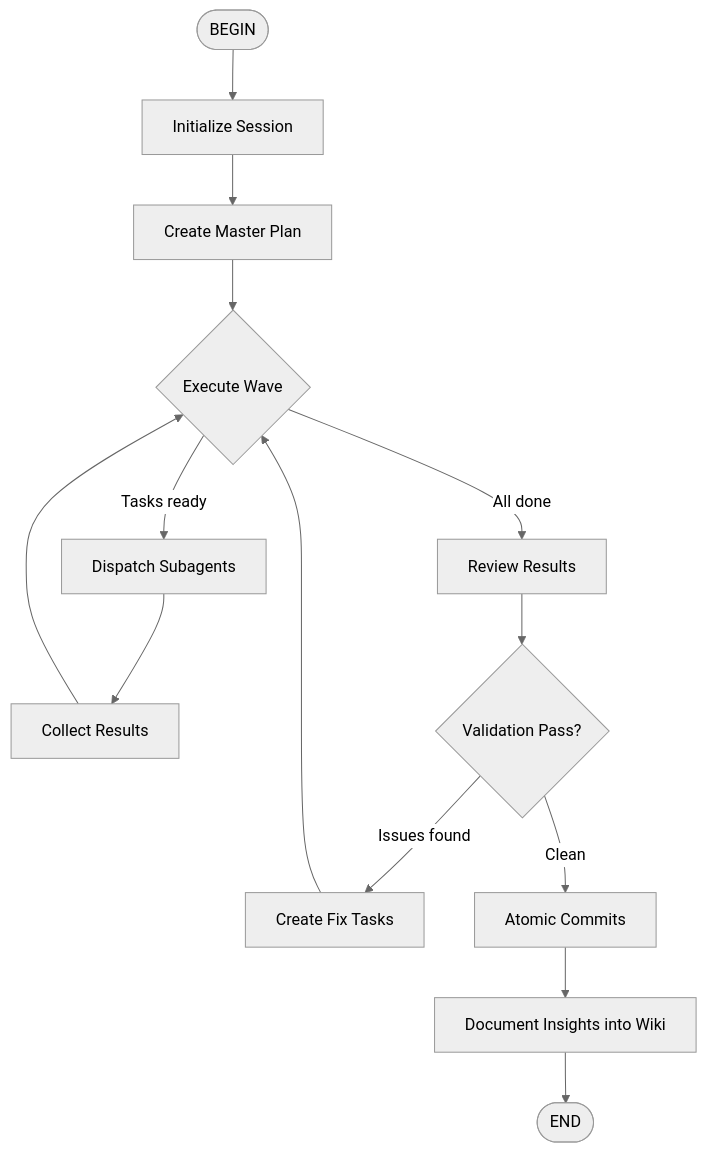
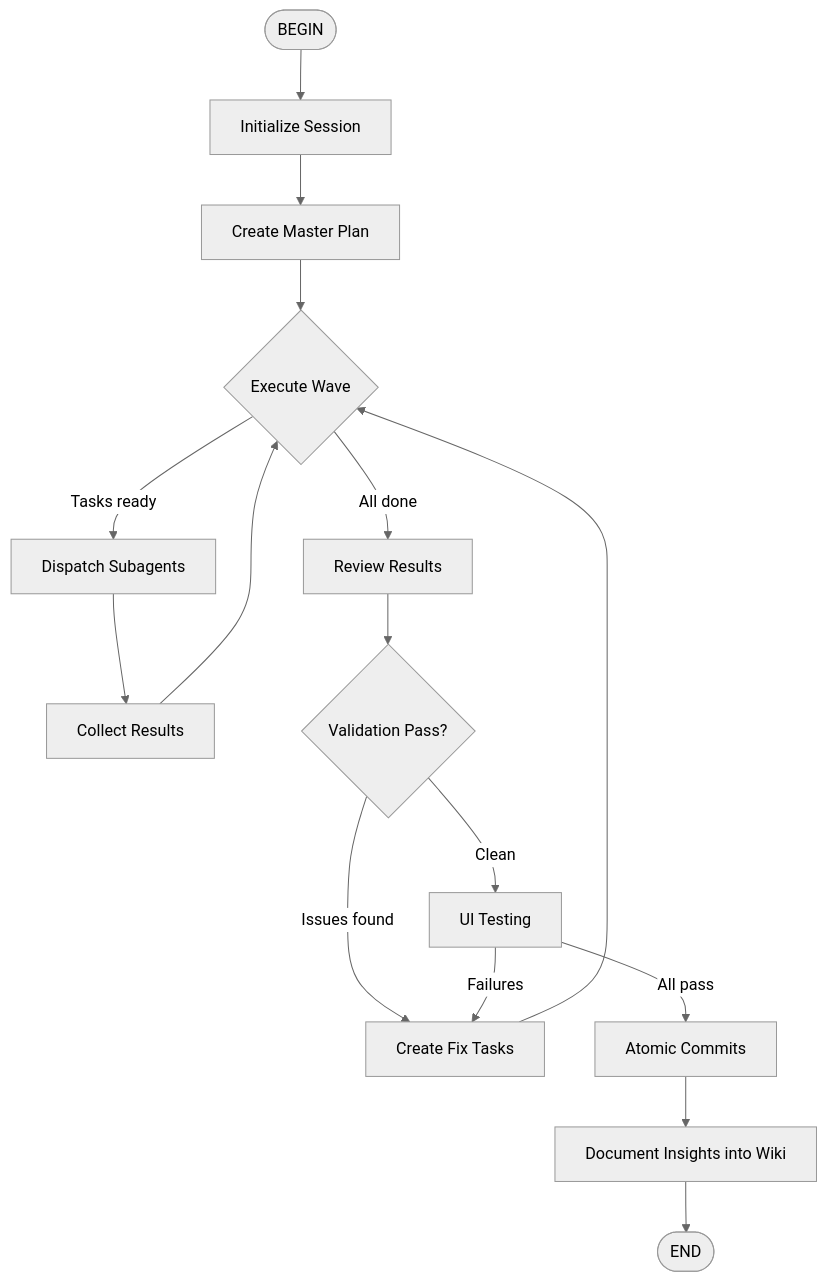
The diagram in coding-agents/kimi/skills/kimi-fleet-mini/SKILL.md (arisng/github-copilot-fc), drawn with Mermaid (neutral theme) before and after one commit. The commit also changed other lines of this file, not shown here.

First line of the commit message:
agent(skill): update kimi-fleet-mini skill to enhance UI testing process

````diff
--- a/coding-agents/kimi/skills/kimi-fleet-mini/SKILL.md
+++ b/coding-agents/kimi/skills/kimi-fleet-mini/SKILL.md
@@ -16,16 +16,18 @@
 ```mermaid
 flowchart TD
     BEGIN([BEGIN]) --> INIT[Initialize Session]
     INIT --> PLAN[Create Master Plan]
     PLAN --> WAVE{Execute Wave}
     WAVE -->|Tasks ready| DISPATCH[Dispatch Subagents]
     WAVE -->|All done| REVIEW[Review Results]
     DISPATCH --> COLLECT[Collect Results]
     COLLECT --> WAVE
     REVIEW --> VALIDATE{Validation Pass?}
     VALIDATE -->|Issues found| FIX[Create Fix Tasks]
     FIX --> WAVE
-    VALIDATE -->|Clean| COMMIT[Atomic Commits]
+    VALIDATE -->|Clean| UI_TEST[UI Testing]
+    UI_TEST -->|Failures| FIX
+    UI_TEST -->|All pass| COMMIT[Atomic Commits]
     COMMIT --> DOCUMENT[Document Insights into Wiki]
     DOCUMENT --> END([END])
 ```
````
